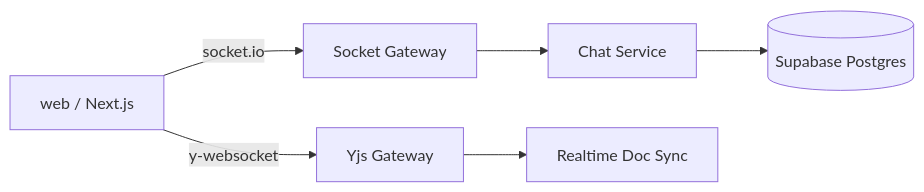
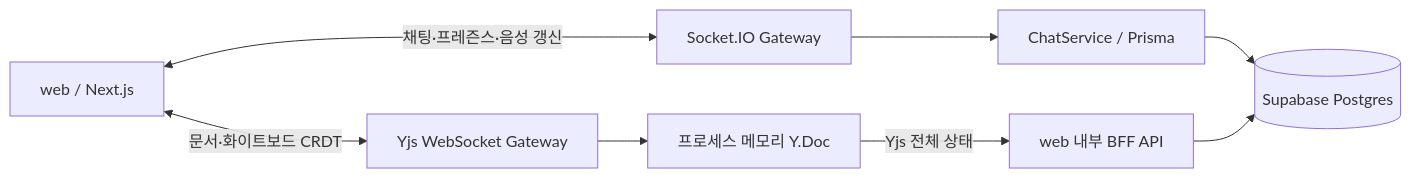
The diagram in workspace-server/README.md (Buc-Capstone-Dibut/buc_Capstone_DEMO), drawn with Mermaid before and after one commit. The commit also changed other lines of this file and 9 other files, not shown here.

````diff
--- a/workspace-server/README.md
+++ b/workspace-server/README.md
@@ -7,8 +9,18 @@
 ```mermaid
 flowchart LR
-    Web[web / Next.js] -->|y-websocket| Y[Yjs Gateway]
-    Web -->|socket.io| G[Socket Gateway]
-    G --> C[Chat Service]
-    C --> DB[(Supabase Postgres)]
-    Y --> R[Realtime Doc Sync]
+    Web[web / Next.js]
+    SIO[Socket.IO Gateway]
+    YWS[Yjs WebSocket Gateway]
+    Chat[ChatService / Prisma]
+    Memory[프로세스 메모리 Y.Doc]
+    BFF[web 내부 BFF API]
+    DB[(Supabase Postgres)]
+
+    Web <-->|채팅·프레즌스·음성 갱신| SIO
+    SIO --> Chat
+    Chat --> DB
+    Web <-->|문서·화이트보드 CRDT| YWS
+    YWS --> Memory
+    Memory -->|Yjs 전체 상태| BFF
+    BFF --> DB
 ```
````
